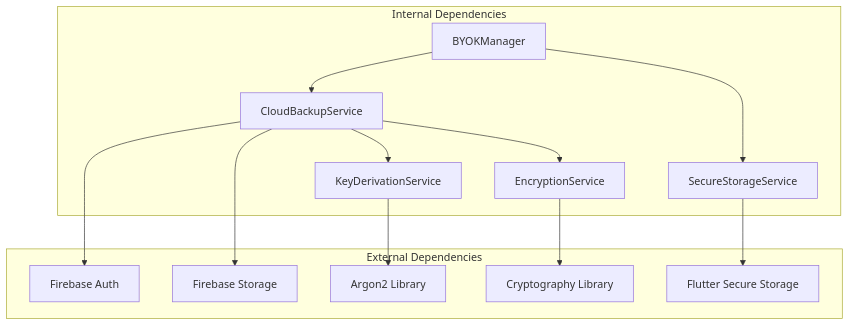
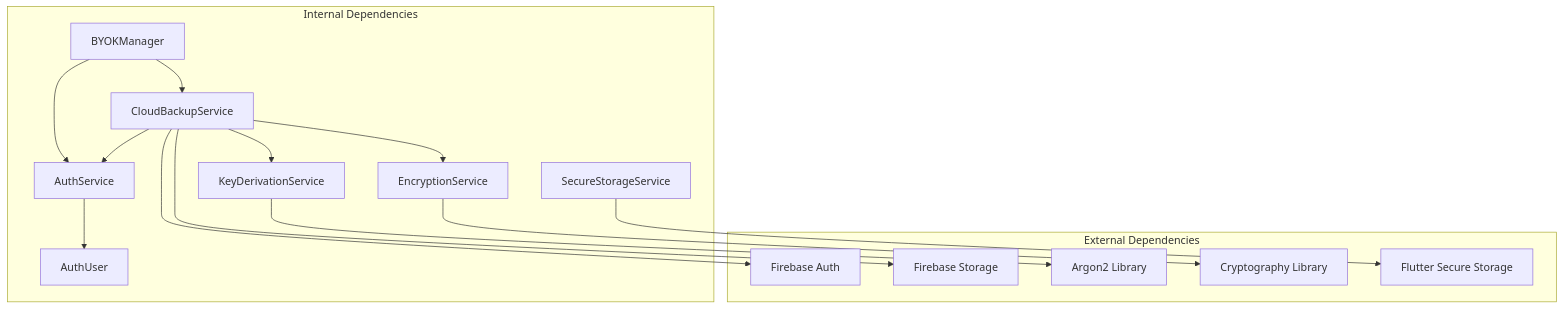
Before and after one commit to JAaron93/StyleSync: the tenth of 13 diagrams in .qoder/repowiki/en/content/Core Services/BYOK Manager/Cloud Backup Integration.md, drawn with Mermaid. The commit also changed other lines of this file and 36 other files, not shown here.

````diff
--- a/.qoder/repowiki/en/content/Core Services/BYOK Manager/Cloud Backup Integration.md
+++ b/.qoder/repowiki/en/content/Core Services/BYOK Manager/Cloud Backup Integration.md
@@ -344,26 +423,30 @@
 ```mermaid
 graph TB
 subgraph "External Dependencies"
 FirebaseAuth["Firebase Auth"]
 FirebaseStorage["Firebase Storage"]
 Argon2["Argon2 Library"]
 Crypto["Cryptography Library"]
 FlutterSecureStorage["Flutter Secure Storage"]
 end
 subgraph "Internal Dependencies"
 BYOKManager["BYOKManager"]
 CloudBackupService["CloudBackupService"]
+AuthService["AuthService"]
+AuthUser["AuthUser"]
 EncryptionService["EncryptionService"]
 KeyDerivationService["KeyDerivationService"]
 SecureStorageService["SecureStorageService"]
 end
 BYOKManager --> CloudBackupService
+BYOKManager --> AuthService
 CloudBackupService --> FirebaseAuth
 CloudBackupService --> FirebaseStorage
 CloudBackupService --> EncryptionService
 CloudBackupService --> KeyDerivationService
-BYOKManager --> SecureStorageService
+CloudBackupService --> AuthService
+AuthService --> AuthUser
 EncryptionService --> Crypto
 KeyDerivationService --> Argon2
 SecureStorageService --> FlutterSecureStorage
 ```
````
